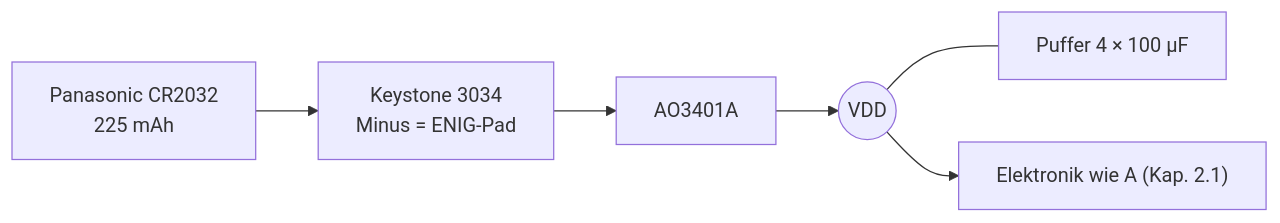
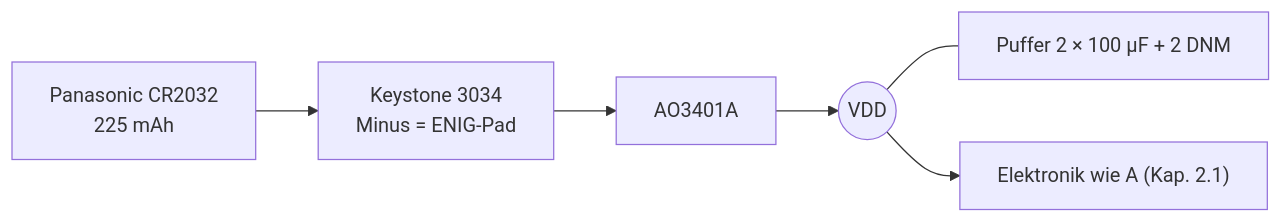
Before and after one commit to sgeisser1/Tr-pfli: the second of 4 diagrams in docs/concepts/CONCEPTS.md, drawn with Mermaid. The commit also changed other lines of this file and 10 other files, not shown here.

````diff
--- a/docs/concepts/CONCEPTS.md
+++ b/docs/concepts/CONCEPTS.md
@@ -306,6 +325,6 @@
 ```mermaid
 flowchart LR
   CELL["Panasonic CR2032<br/>225 mAh"] --> HOLD["Keystone 3034<br/>Minus = ENIG-Pad"] --> VP["AO3401A"] --> VDD(("VDD"))
-  VDD --- CB["Puffer 4 × 100 µF"]
+  VDD --- CB["Puffer 2 × 100 µF + 2 DNM"]
   VDD --> REST["Elektronik wie A (Kap. 2.1)"]
 ```
````
